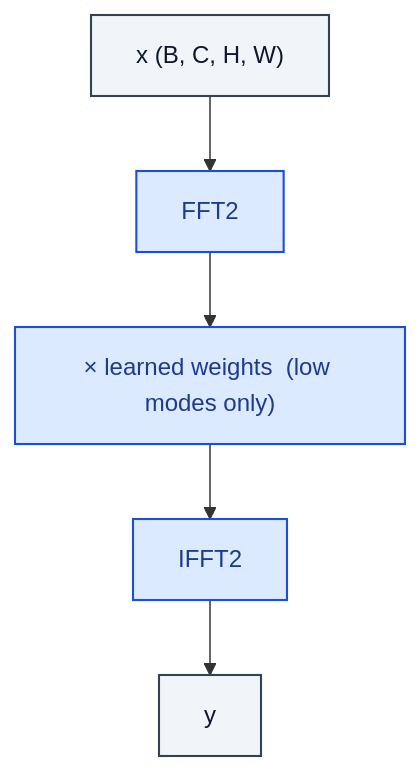
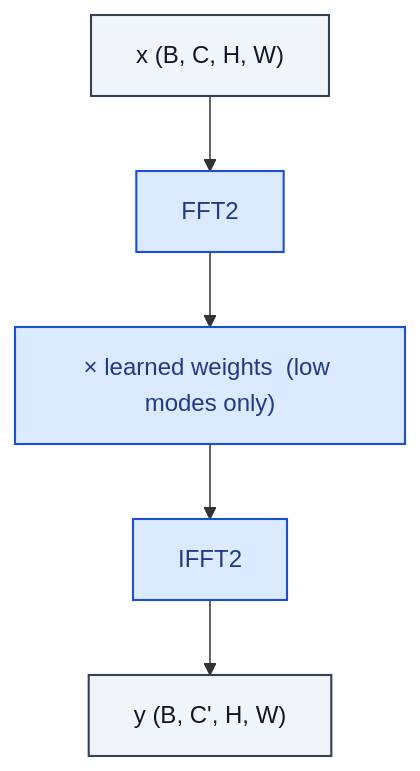
Before and after one commit to RealityShifts/Srivastava-book-of-Blocks-diagrams: the diagram in specialized/SpectralConv2d.md, drawn with Mermaid. The commit also changed 123 other files, not shown here.

````diff
--- a/specialized/SpectralConv2d.md
+++ b/specialized/SpectralConv2d.md
@@ -7,21 +7,22 @@
 ```mermaid
 flowchart TD
     n0_0["x  (B, C, H, W)"]:::io
     n1_0["FFT2"]:::op
     n2_0["× learned weights  (low modes only)"]:::op
     n3_0["IFFT2"]:::op
-    n4_0["y"]:::io
+    n4_0["y  (B, C', H, W)"]:::io
     n0_0 --> n1_0
     n1_0 --> n2_0
     n2_0 --> n3_0
     n3_0 --> n4_0
     classDef io fill:#f1f5f9,stroke:#334155,stroke-width:1.4px,color:#0f172a
     classDef op fill:#dbeafe,stroke:#1d4ed8,stroke-width:1.4px,color:#1e3a8a
     classDef norm fill:#dcfce7,stroke:#15803d,stroke-width:1.4px,color:#14532d
     classDef act fill:#ffedd5,stroke:#c2410c,stroke-width:1.4px,color:#7c2d12
     classDef attn fill:#ede9fe,stroke:#6d28d9,stroke-width:1.4px,color:#4c1d95
     classDef merge fill:#fef3c7,stroke:#b45309,stroke-width:1.4px,color:#78350f
     classDef emb fill:#fef9c3,stroke:#a16207,stroke-width:1.4px,color:#713f12
     classDef loss fill:#fee2e2,stroke:#b91c1c,stroke-width:1.4px,color:#7f1d1d
     classDef ctrl fill:#f5f5f4,stroke:#52525b,stroke-width:1.4px,color:#27272a
+    classDef ref fill:#e0f2fe,stroke:#0369a1,stroke-width:2px,color:#0c4a6e,stroke-dasharray: 4 2
 ```
````
